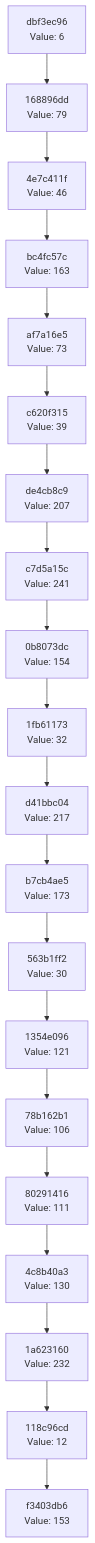
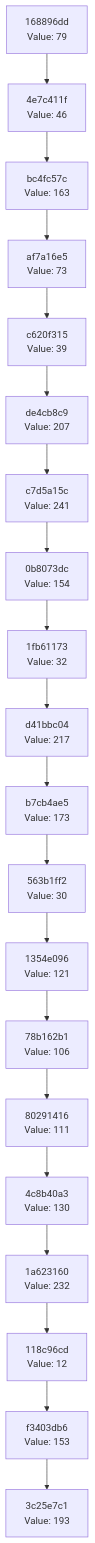
One commit to Abhisheksinha1506/hash-chain-evolver changed the diagram in docs/CHAIN_VISUALIZATION.md. Above: the diagram before and after it, drawn with Mermaid. The commit also changed 2 other files, not shown here.

Commit message:
Evolution Step

````diff
--- a/docs/CHAIN_VISUALIZATION.md
+++ b/docs/CHAIN_VISUALIZATION.md
@@ -3,42 +3,42 @@
 ```mermaid
 graph TD
-    C0["f3403db6<br/>Value: 153"]
-    C1["118c96cd<br/>Value: 12"]
+    C0["3c25e7c1<br/>Value: 193"]
+    C1["f3403db6<br/>Value: 153"]
     C1 --> C0
-    C2["1a623160<br/>Value: 232"]
+    C2["118c96cd<br/>Value: 12"]
     C2 --> C1
-    C3["4c8b40a3<br/>Value: 130"]
+    C3["1a623160<br/>Value: 232"]
     C3 --> C2
-    C4["80291416<br/>Value: 111"]
+    C4["4c8b40a3<br/>Value: 130"]
     C4 --> C3
-    C5["78b162b1<br/>Value: 106"]
+    C5["80291416<br/>Value: 111"]
     C5 --> C4
-    C6["1354e096<br/>Value: 121"]
+    C6["78b162b1<br/>Value: 106"]
     C6 --> C5
-    C7["563b1ff2<br/>Value: 30"]
+    C7["1354e096<br/>Value: 121"]
     C7 --> C6
-    C8["b7cb4ae5<br/>Value: 173"]
+    C8["563b1ff2<br/>Value: 30"]
     C8 --> C7
-    C9["d41bbc04<br/>Value: 217"]
+    C9["b7cb4ae5<br/>Value: 173"]
     C9 --> C8
-    C10["1fb61173<br/>Value: 32"]
+    C10["d41bbc04<br/>Value: 217"]
     C10 --> C9
-    C11["0b8073dc<br/>Value: 154"]
+    C11["1fb61173<br/>Value: 32"]
     C11 --> C10
-    C12["c7d5a15c<br/>Value: 241"]
+    C12["0b8073dc<br/>Value: 154"]
     C12 --> C11
-    C13["de4cb8c9<br/>Value: 207"]
+    C13["c7d5a15c<br/>Value: 241"]
     C13 --> C12
-    C14["c620f315<br/>Value: 39"]
+    C14["de4cb8c9<br/>Value: 207"]
     C14 --> C13
-    C15["af7a16e5<br/>Value: 73"]
+    C15["c620f315<br/>Value: 39"]
     C15 --> C14
-    C16["bc4fc57c<br/>Value: 163"]
+    C16["af7a16e5<br/>Value: 73"]
     C16 --> C15
-    C17["4e7c411f<br/>Value: 46"]
+    C17["bc4fc57c<br/>Value: 163"]
     C17 --> C16
-    C18["168896dd<br/>Value: 79"]
+    C18["4e7c411f<br/>Value: 46"]
     C18 --> C17
-    C19["dbf3ec96<br/>Value: 6"]
+    C19["168896dd<br/>Value: 79"]
     C19 --> C18
 ```
````
